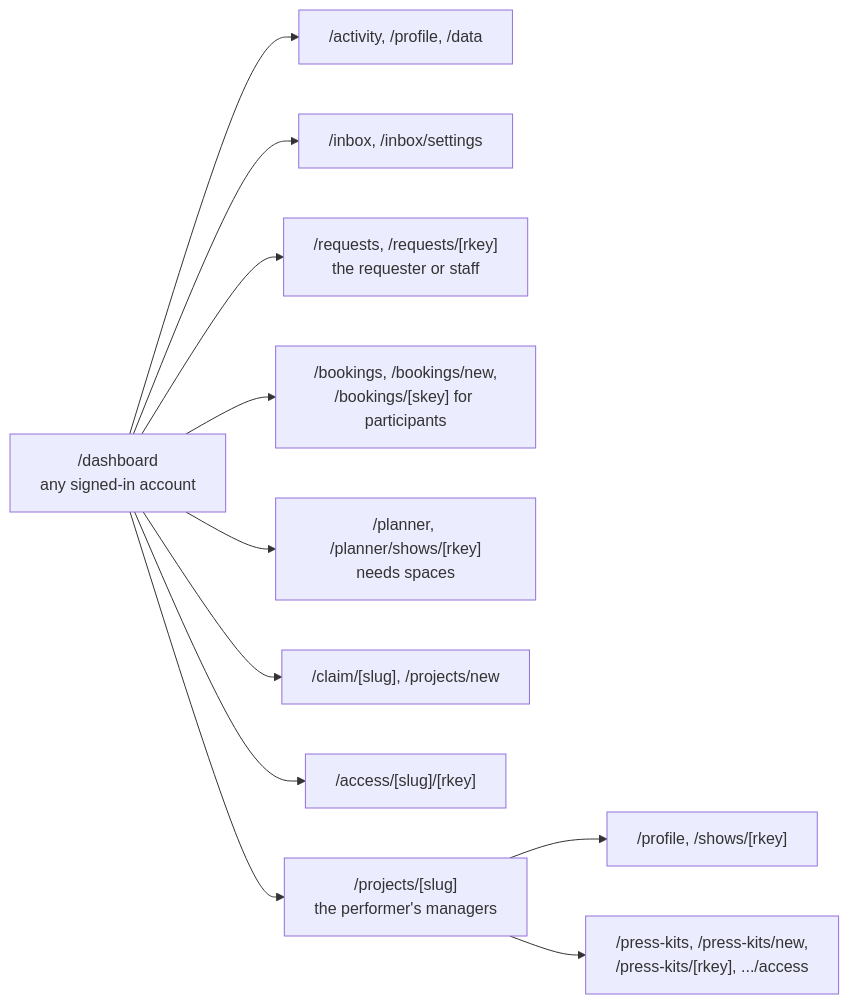
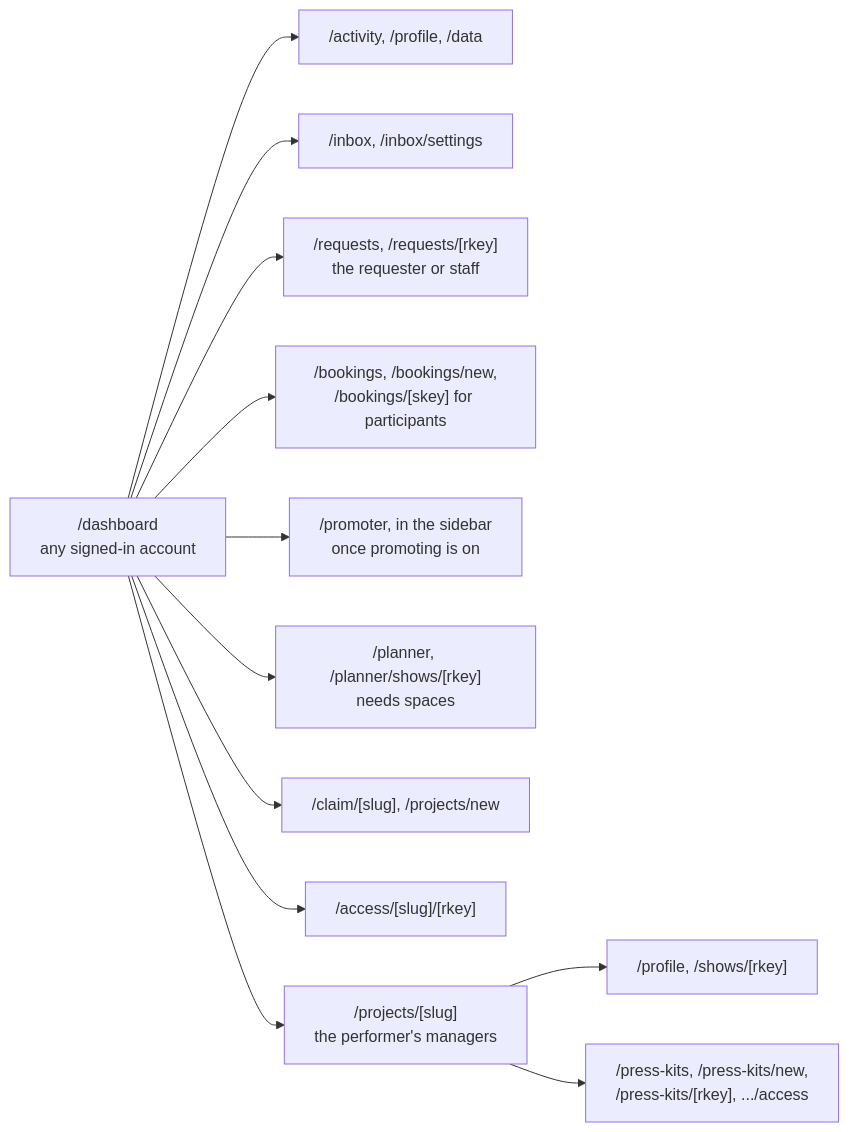
The eighth of 11 diagrams in apps/web/docs/diagrams/requests-and-routes.md (cutenode/localnetwork), drawn with Mermaid before and after one commit. The commit also changed 17 other files, not shown here.

First line of the commit message:
feat(web): a Promoter section on the dashboard for people who turned on promoting

````diff
--- a/apps/web/docs/diagrams/requests-and-routes.md
+++ b/apps/web/docs/diagrams/requests-and-routes.md
@@ -171,14 +171,15 @@
 ```mermaid
 flowchart LR
   Dash["/dashboard<br/>any signed-in account"]
   Dash --> Over["/activity, /profile, /data"]
   Dash --> Inbox["/inbox, /inbox/settings"]
   Dash --> Req["/requests, /requests/[rkey]<br/>the requester or staff"]
   Dash --> Book["/bookings, /bookings/new,<br/>/bookings/[skey] for participants"]
+  Dash --> Promoter["/promoter, in the sidebar<br/>once promoting is on"]
   Dash --> Plan["/planner, /planner/shows/[rkey]<br/>needs spaces"]
   Dash --> Claim["/claim/[slug], /projects/new"]
   Dash --> Access["/access/[slug]/[rkey]"]
   Dash --> Manage["/projects/[slug]<br/>the performer's managers"]
   Manage --> Mine["/profile, /shows/[rkey]"]
   Manage --> Kits["/press-kits, /press-kits/new,<br/>/press-kits/[rkey], .../access"]
 ```
````
